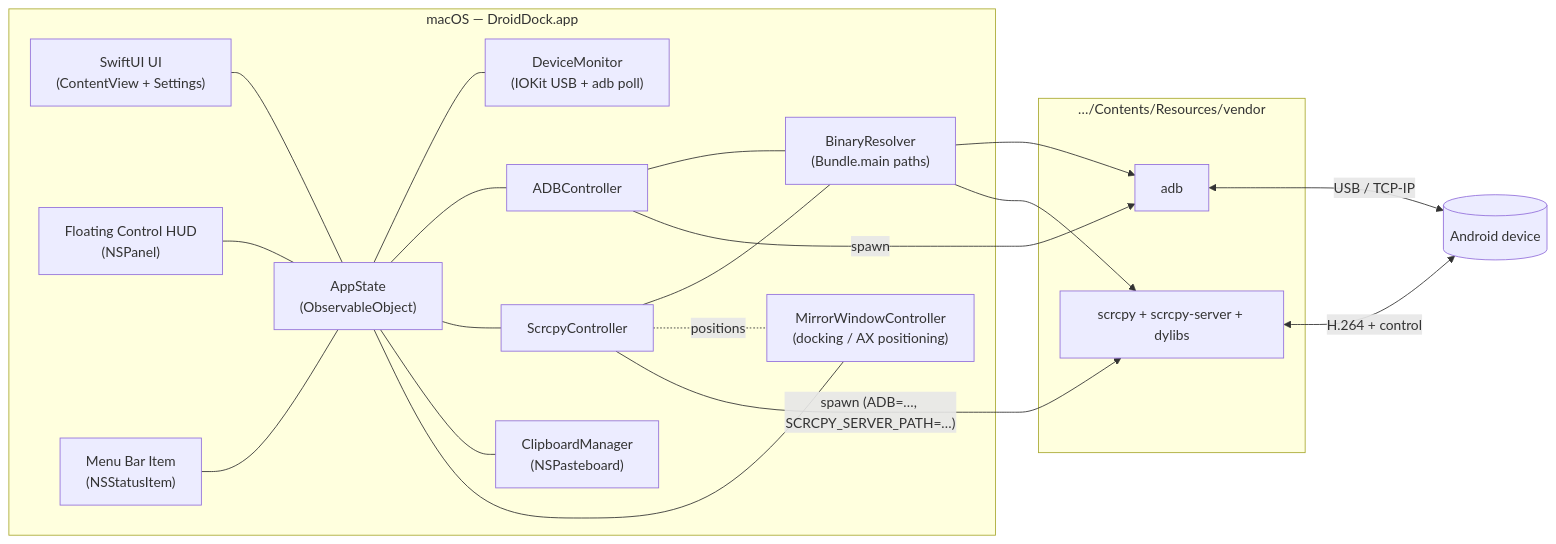
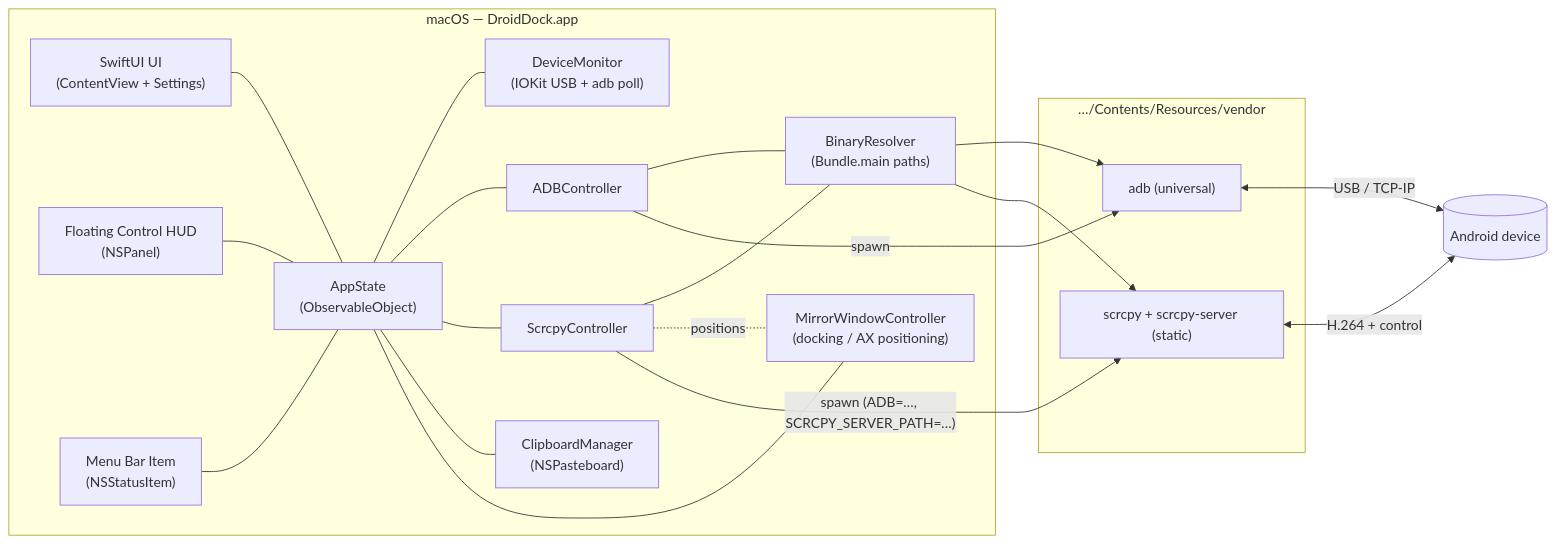
The diagram in README.md (Jomcabe/DroidDock), drawn with Mermaid before and after one commit. The commit also changed other lines of this file and 5 other files, not shown here.

````diff
--- a/README.md
+++ b/README.md
@@ -82,35 +83,35 @@
 ```mermaid
 flowchart LR
     subgraph Mac["macOS — DroidDock.app"]
         UI["SwiftUI UI<br/>(ContentView + Settings)"]
         HUD["Floating Control HUD<br/>(NSPanel)"]
         MBR["Menu Bar Item<br/>(NSStatusItem)"]
         STATE["AppState<br/>(ObservableObject)"]
         DM["DeviceMonitor<br/>(IOKit USB + adb poll)"]
         ADB["ADBController"]
         SC["ScrcpyController"]
         CB["ClipboardManager<br/>(NSPasteboard)"]
         BR["BinaryResolver<br/>(Bundle.main paths)"]
         MWC["MirrorWindowController<br/>(docking / AX positioning)"]
 
         UI --- STATE
         HUD --- STATE
         MBR --- STATE
         STATE --- DM & ADB & SC & CB & MWC
         ADB --- BR
         SC --- BR
         SC -. positions .- MWC
     end
 
     subgraph Bundle["…/Contents/Resources/vendor"]
-        ADBBIN["adb"]
-        SCBIN["scrcpy + scrcpy-server + dylibs"]
+        ADBBIN["adb (universal)"]
+        SCBIN["scrcpy + scrcpy-server (static)"]
     end
 
     BR --> ADBBIN & SCBIN
     ADB -->|"spawn"| ADBBIN
     SC  -->|"spawn (ADB=…, SCRCPY_SERVER_PATH=…)"| SCBIN
 
     ADBBIN <-->|"USB / TCP-IP"| PHONE[("Android device")]
     SCBIN  <-->|"H.264 + control"| PHONE
 ```
````
